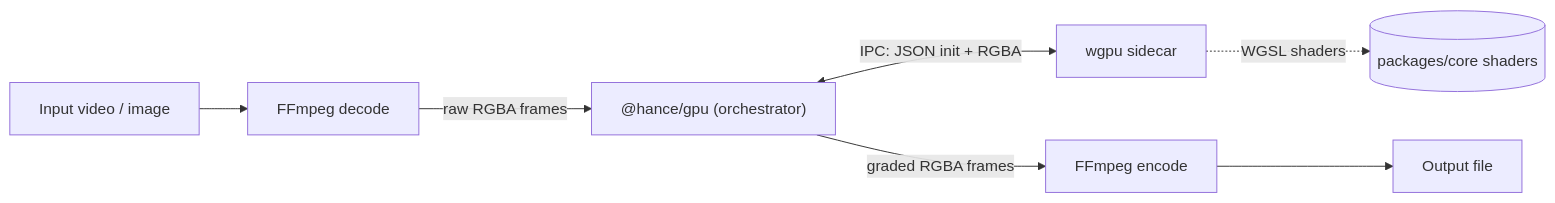
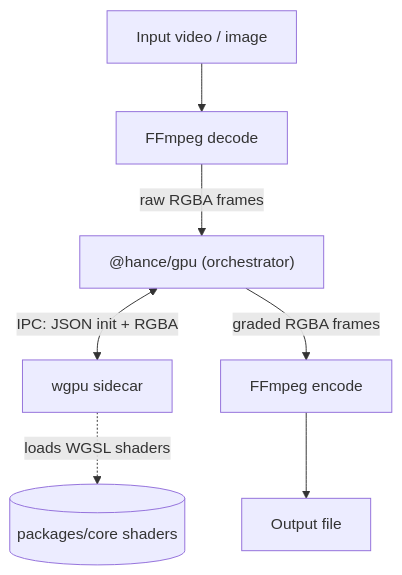
Before and after one commit to Orva-Studio/hance: the diagram in packages/docs/src/content/docs/docs/architecture.md, drawn with Mermaid.

Commit message:
docs(architecture): make flow diagram vertical for readability

````diff
--- a/packages/docs/src/content/docs/docs/architecture.md
+++ b/packages/docs/src/content/docs/docs/architecture.md
@@ -20,9 +20,9 @@
 ```mermaid
-flowchart LR
+flowchart TB
   input[Input video / image] --> decode[FFmpeg decode]
   decode -->|raw RGBA frames| gpu["@hance/gpu (orchestrator)"]
-  gpu <-->|IPC: JSON init + RGBA| sidecar[wgpu sidecar]
-  sidecar -.->|WGSL shaders| shaders[(packages/core shaders)]
+  gpu <-->|"IPC: JSON init + RGBA"| sidecar[wgpu sidecar]
+  sidecar -.->|loads WGSL shaders| shaders[(packages/core shaders)]
   gpu -->|graded RGBA frames| encode[FFmpeg encode]
   encode --> output[Output file]
 ```
````
